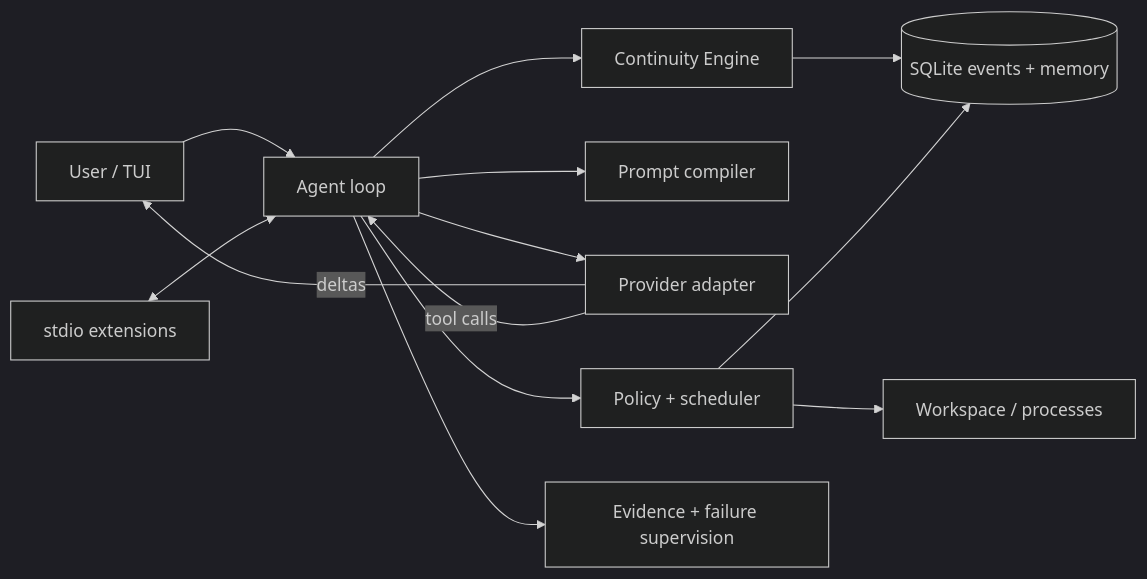
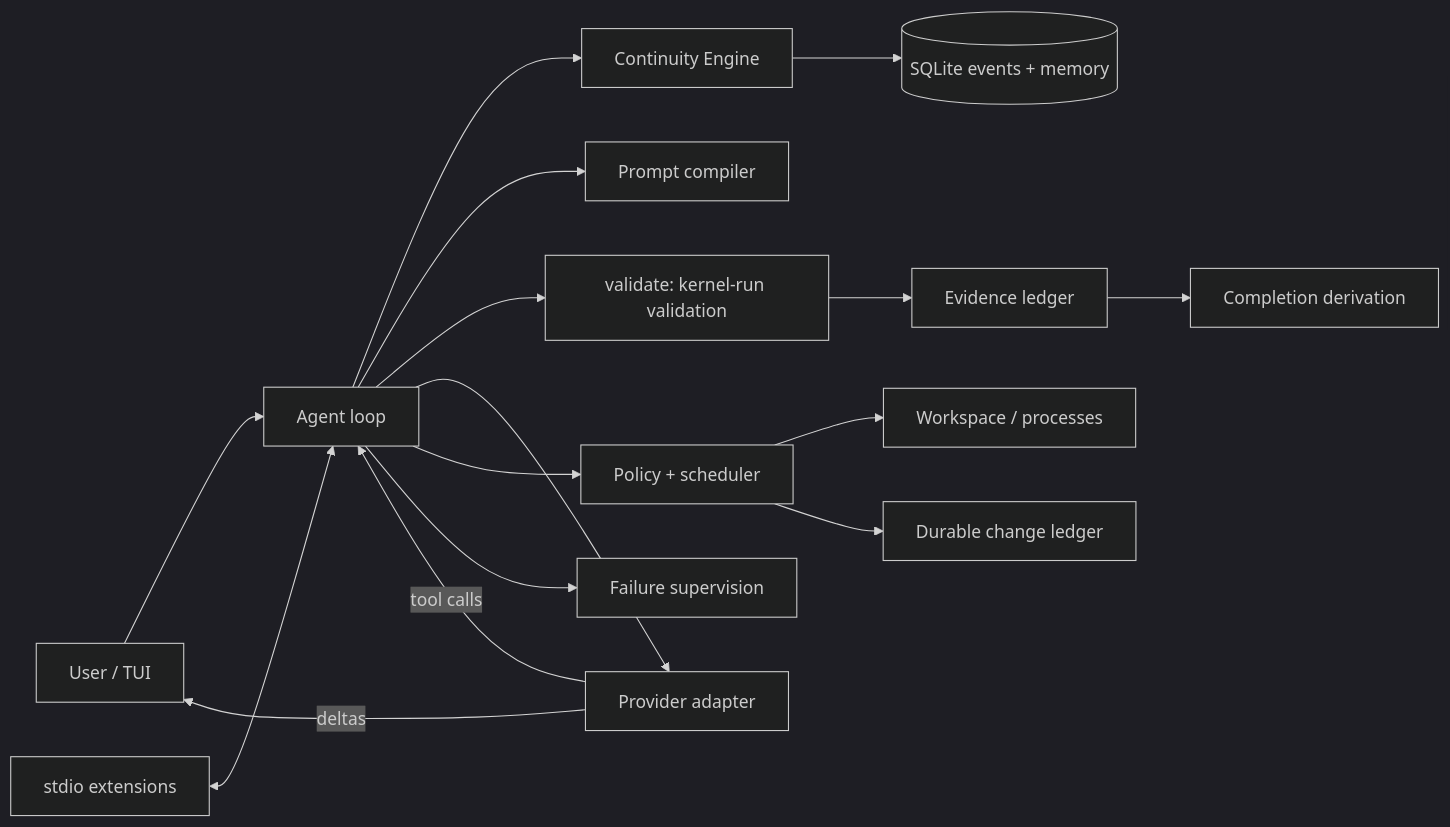
One commit to JinShuo-Li/latch changed the diagram in docs/ARCHITECTURE.md. Above: the diagram before and after it, drawn with Mermaid (dark theme). The commit also changed other lines of this file and 7 other files, not shown here.

````diff
--- a/docs/ARCHITECTURE.md
+++ b/docs/ARCHITECTURE.md
@@ -10,15 +10,18 @@
 ```mermaid
 flowchart LR
     U[User / TUI] --> K[Agent loop]
     K --> C[Continuity Engine]
     C --> S[(SQLite events + memory)]
     K --> P[Prompt compiler]
+    K --> V[validate: kernel-run validation]
+    V --> E[Evidence ledger]
+    E --> CP[Completion derivation]
     K --> M[Provider adapter]
     M -->|deltas| U
     M -->|tool calls| K
-    K --> E[Policy + scheduler]
-    E --> W[Workspace / processes]
-    E --> S
-    K --> F[Evidence + failure supervision]
+    K --> G[Policy + scheduler]
+    G --> W[Workspace / processes]
+    G --> L[Durable change ledger]
+    K --> F[Failure supervision]
     X[stdio extensions] <--> K
 ```
````
